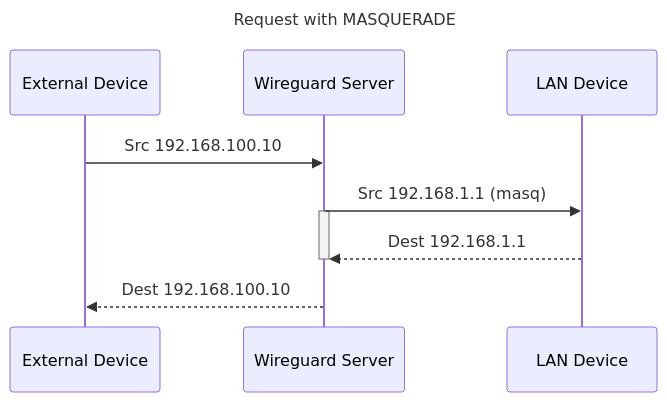
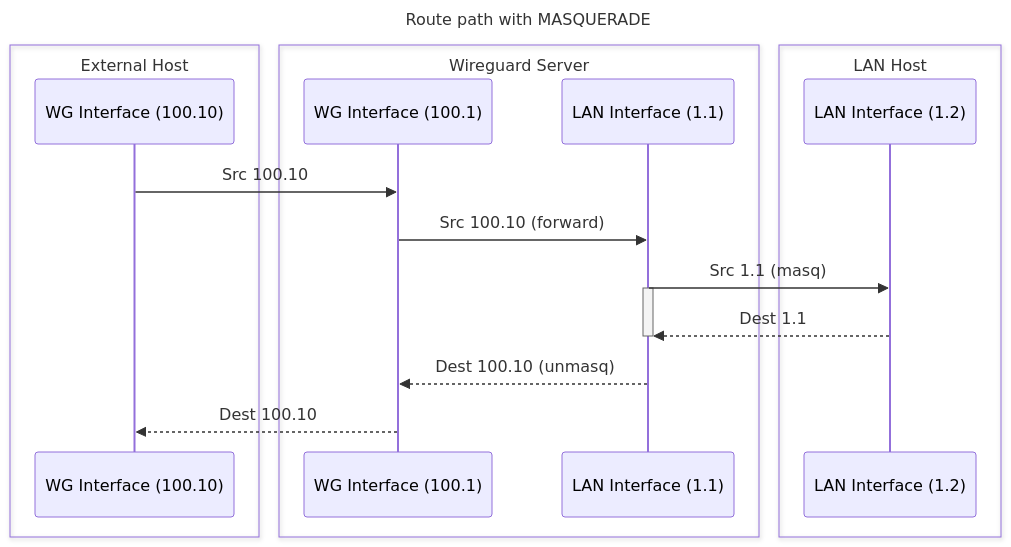
The third of 5 diagrams in _posts/2026-05-08-hub-and-spoke-architecture.md (j-krl/blog), drawn with Mermaid before and after one commit. The commit also changed other lines of this file, not shown here.

Commit message:
diagrams are chefs kiss

```diff
--- a/_posts/2026-05-08-hub-and-spoke-architecture.md
+++ b/_posts/2026-05-08-hub-and-spoke-architecture.md
@@ -100,15 +101,24 @@
 <pre class="mermaid" style="text-align: center;">
 ---
-title: Request with MASQUERADE
+title: Route path with MASQUERADE
 ---
 sequenceDiagram
-    participant EC as External Device
-    participant WS as Wireguard Server
-    participant N1 as LAN Device
-    EC->>WS: Src 192.168.100.10
-    WS->>N1: Src 192.168.1.1 (masq)
-    activate WS
-    N1-->>WS: Dest 192.168.1.1
-    deactivate WS
-    WS-->>EC: Dest 192.168.100.10
+    box External Host
+    participant EC as WG Interface (100.10)
+    end
+    box Wireguard Server
+    participant WS as WG Interface (100.1)
+    participant WL as LAN Interface (1.1)
+    end
+    box LAN Host
+    participant N1 as LAN Interface (1.2)
+    end
+    EC->>WS: Src 100.10
+    WS->>WL: Src 100.10 (forward)
+    WL->>N1: Src 1.1 (masq)
+    activate WL
+    N1-->>WL: Dest 1.1
+    deactivate WL
+    WL-->>WS: Dest 100.10 (unmasq)
+    WS-->>EC: Dest 100.10
 </pre>
```
